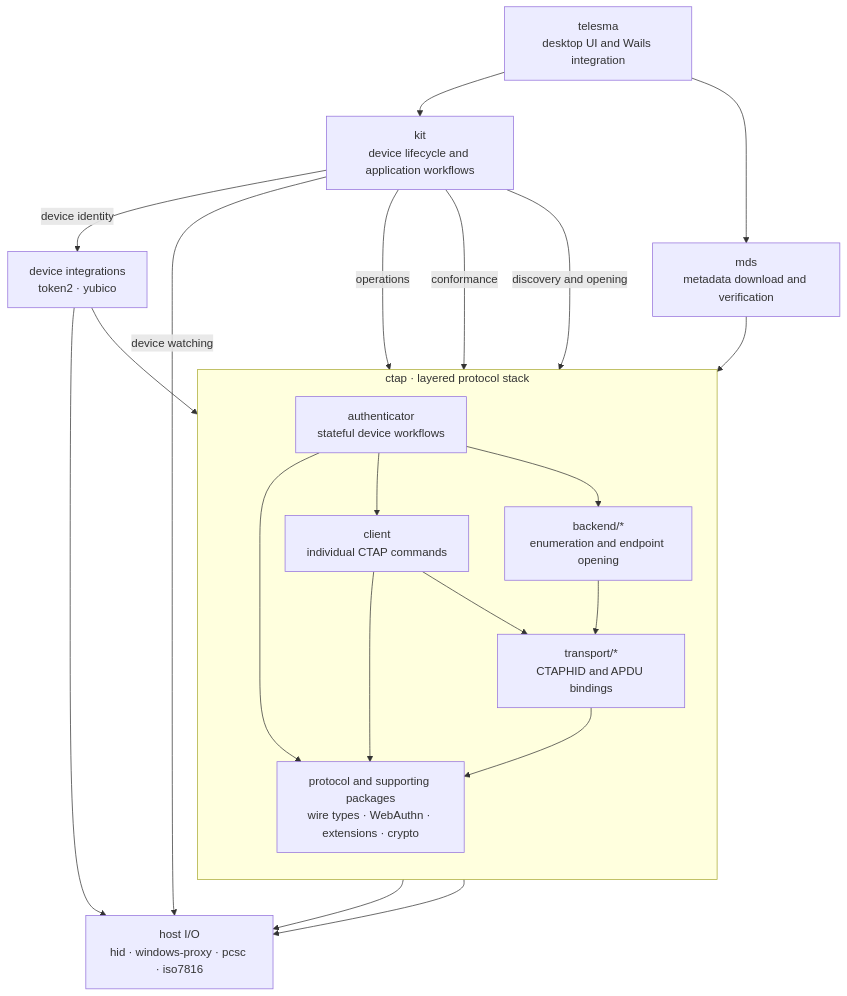
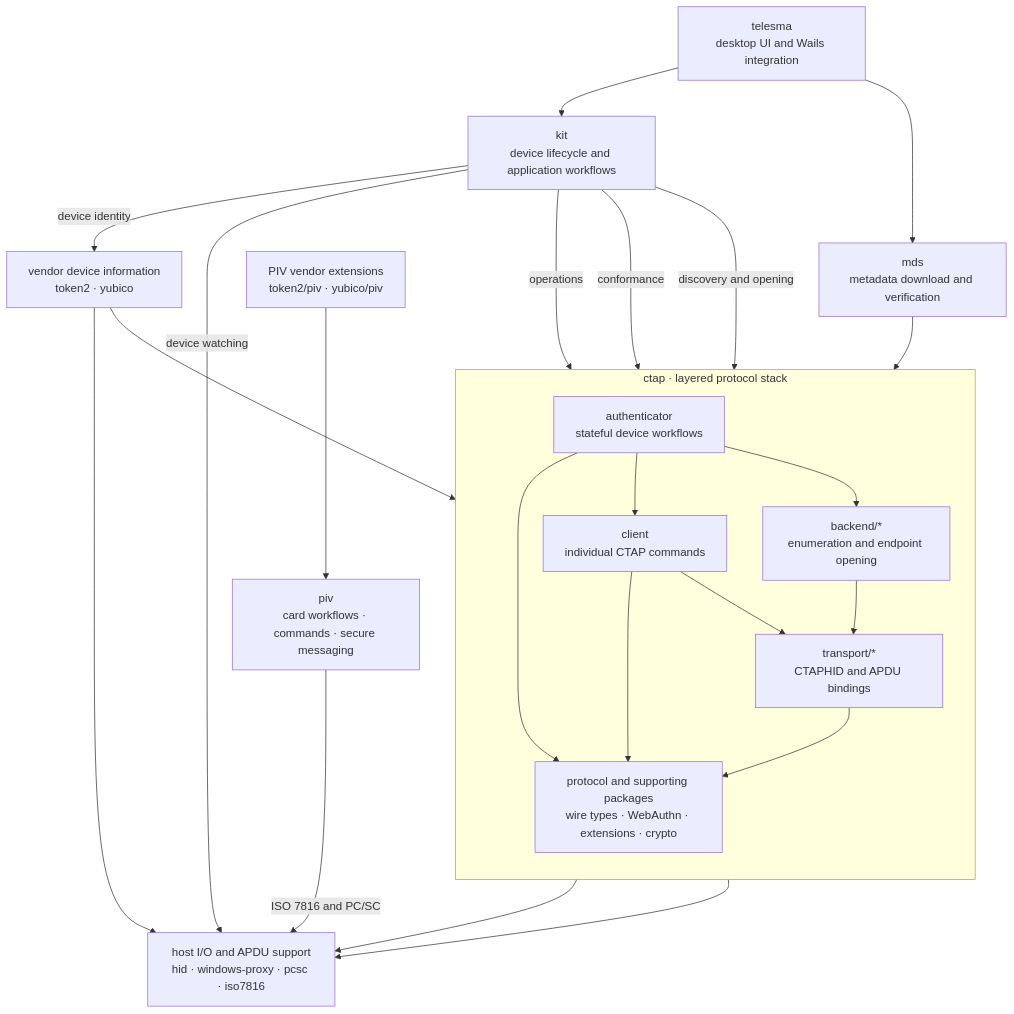
One commit to telesma-app/.github changed the diagram in profile/README.md. Above: the diagram before and after it, drawn with Mermaid. The commit also changed other lines of this file, not shown here.

Commit message:
docs(profile): document PIV stack and vendor extensions

````diff
--- a/profile/README.md
+++ b/profile/README.md
@@ -36,50 +42,56 @@
 ```mermaid
 flowchart TB
     telesma["`telesma
 desktop UI and Wails integration`"]
     kit["`kit
 device lifecycle and application workflows`"]
     mds["`mds
 metadata download and verification`"]
 
     subgraph ctapStack["ctap · layered protocol stack"]
         direction TB
 
         authenticator["`authenticator
 stateful device workflows`"]
         client["`client
 individual CTAP commands`"]
         backends["`backend/*
 enumeration and endpoint opening`"]
         transports["`transport/*
 CTAPHID and APDU bindings`"]
         types["`protocol and supporting packages
 wire types · WebAuthn · extensions · crypto`"]
 
         authenticator --> client
         authenticator --> backends
         client --> transports
         backends --> transports
         authenticator --> types
         client --> types
         transports --> types
     end
 
-    integrations["`device integrations
+    integrations["`vendor device information
 token2 · yubico`"]
-    hostIO["`host I/O
+    pivExtensions["`PIV vendor extensions
+token2/piv · yubico/piv`"]
+    piv["`piv
+card workflows · commands · secure messaging`"]
+    hostIO["`host I/O and APDU support
 hid · windows-proxy · pcsc · iso7816`"]
 
     telesma --> kit
     telesma --> mds
     kit -->|operations| authenticator
     kit -->|conformance| client
     kit -->|discovery and opening| backends
     kit -->|device identity| integrations
     kit -->|device watching| hostIO
     mds --> types
     integrations --> transports
     integrations --> hostIO
+    pivExtensions --> piv
+    piv -->|ISO 7816 and PC/SC| hostIO
     backends --> hostIO
     transports --> hostIO
 ```
````
